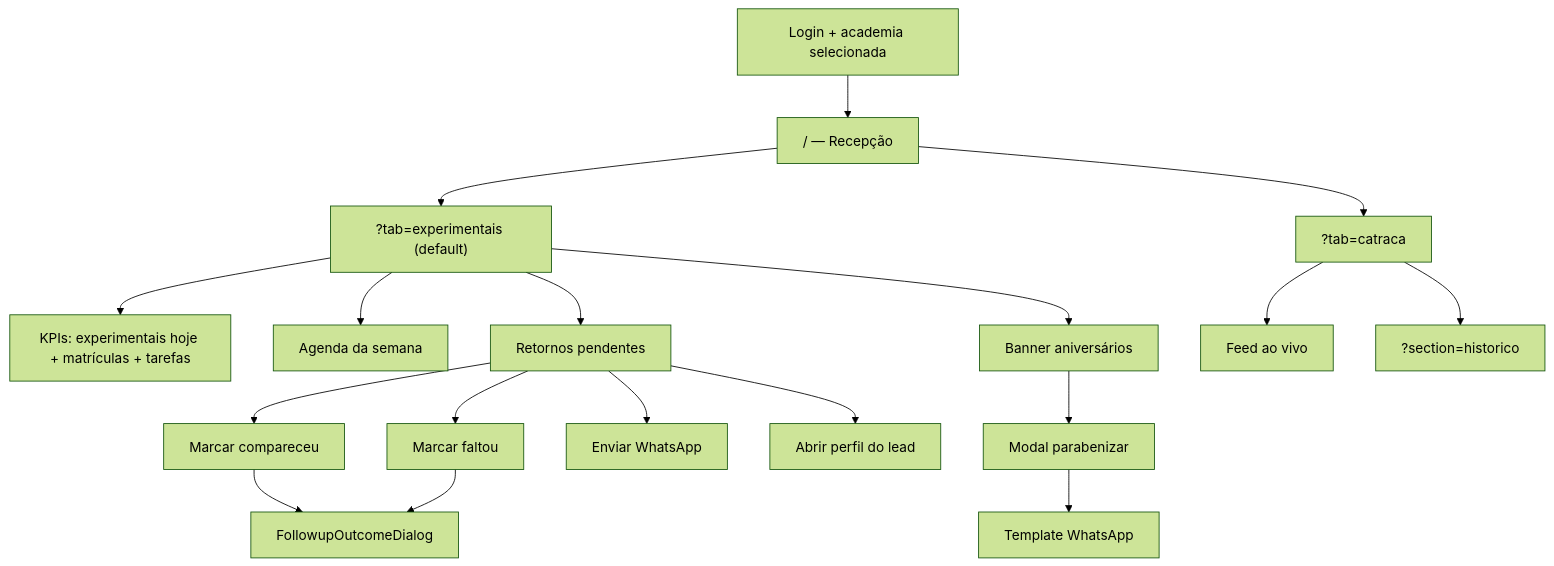
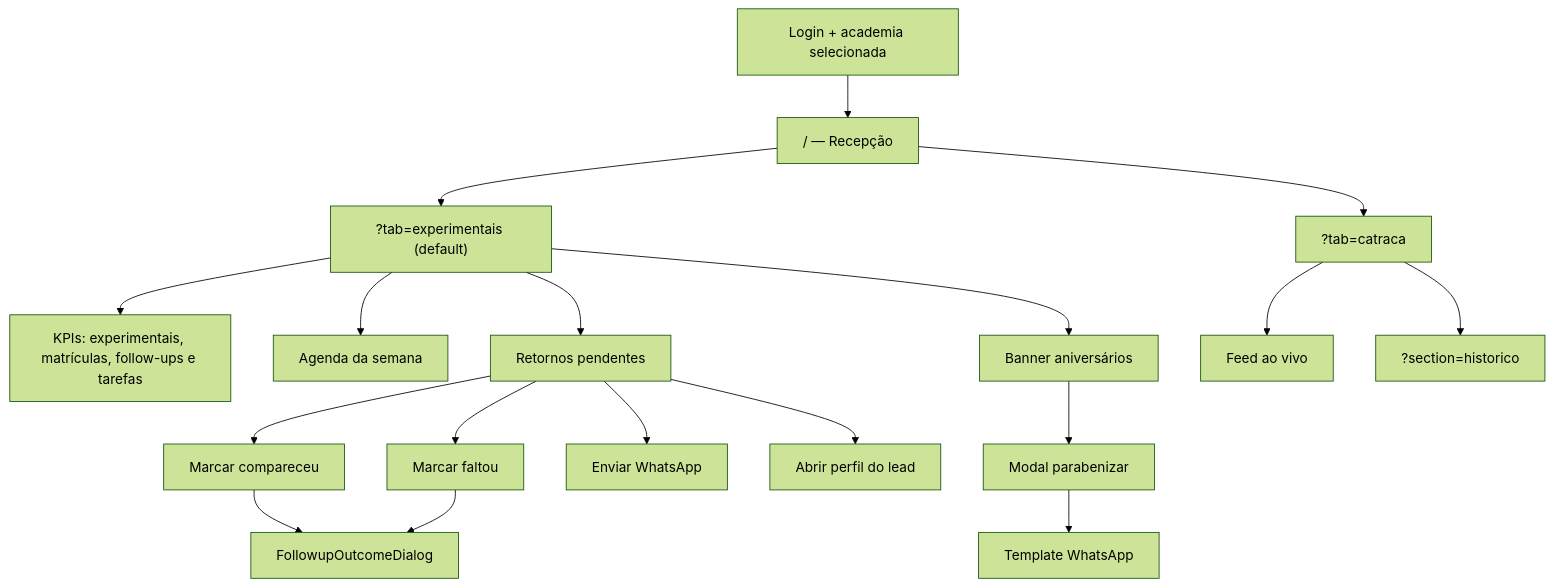
The diagram in docs/flows/crm/hoje-dashboard.md (brunaamaralp/bjj), drawn with Mermaid (forest theme) before and after one commit. The commit also changed other lines of this file and 124 other files, not shown here.

````diff
--- a/docs/flows/crm/hoje-dashboard.md
+++ b/docs/flows/crm/hoje-dashboard.md
@@ -34,20 +34,20 @@
 ```mermaid
 flowchart TD
   login[Login + academia selecionada] --> recepcao["/ — Recepção"]
   recepcao --> tabExp["?tab=experimentais (default)"]
   recepcao --> tabCat["?tab=catraca"]
-  tabExp --> kpi[KPIs: experimentais hoje + matrículas + tarefas]
+  tabExp --> kpi[KPIs: experimentais, matrículas, follow-ups e tarefas]
   tabExp --> agenda[Agenda da semana]
   tabExp --> followup[Retornos pendentes]
   tabExp --> birthday[Banner aniversários]
   tabCat --> live[Feed ao vivo]
   tabCat --> hist["?section=historico"]
   followup --> attended[Marcar compareceu]
   followup --> missed[Marcar faltou]
   followup --> whatsapp[Enviar WhatsApp]
   followup --> profile[Abrir perfil do lead]
   attended --> outcome[FollowupOutcomeDialog]
   missed --> outcome
   birthday --> birthdayModal[Modal parabenizar]
   birthdayModal --> whatsappBirthday[Template WhatsApp]
 ```
````
